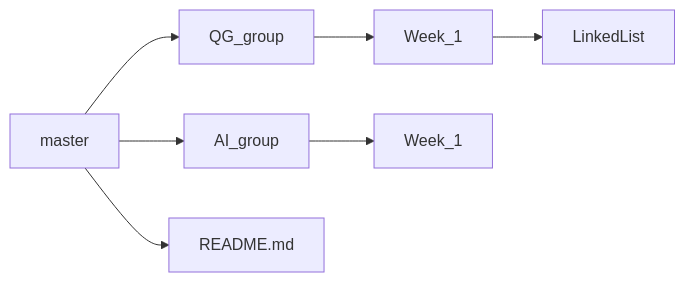
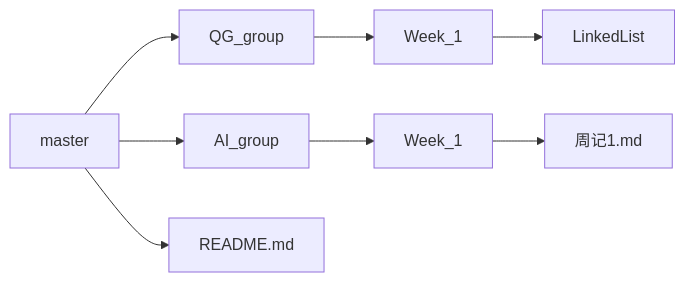
The diagram in README.md (sevanthea7/QG_training_camp), drawn with Mermaid before and after one commit.

````diff
--- a/README.md
+++ b/README.md
@@ -1,9 +1,10 @@
 ```mermaid
 graph LR
 master --> QG_group
 master --> AI_group
 master --> README.md
 QG_group --> 1[Week_1]
 1[Week_1] --> LinkedList
 AI_group --> 2[Week_1]
+2[Week_1] --> 周记1.md
 ```
````
